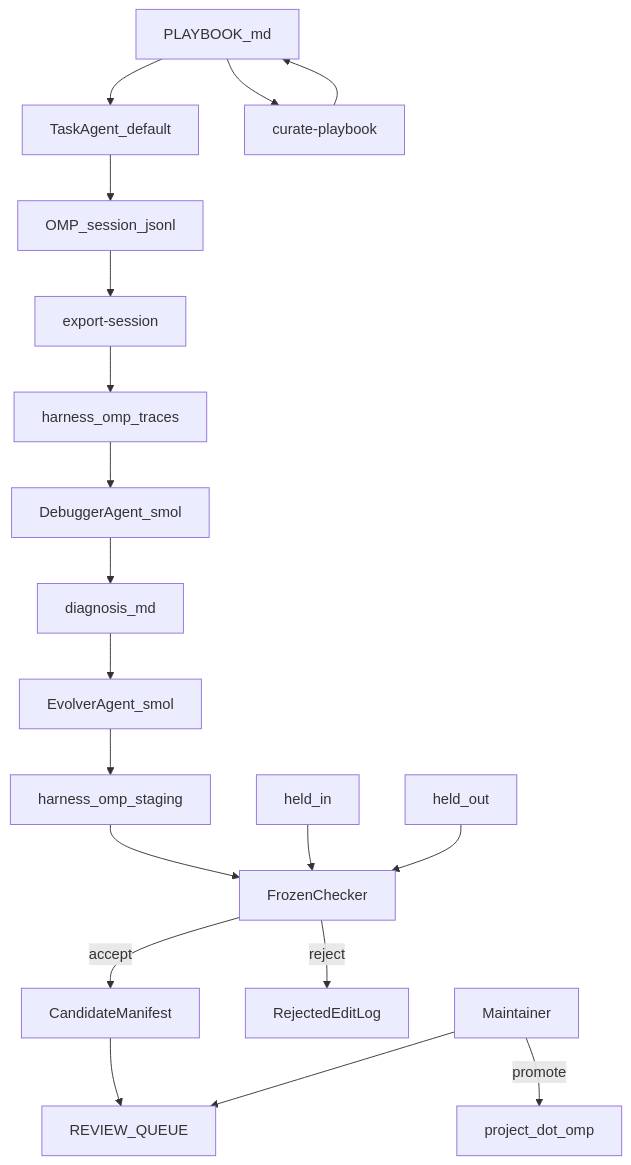
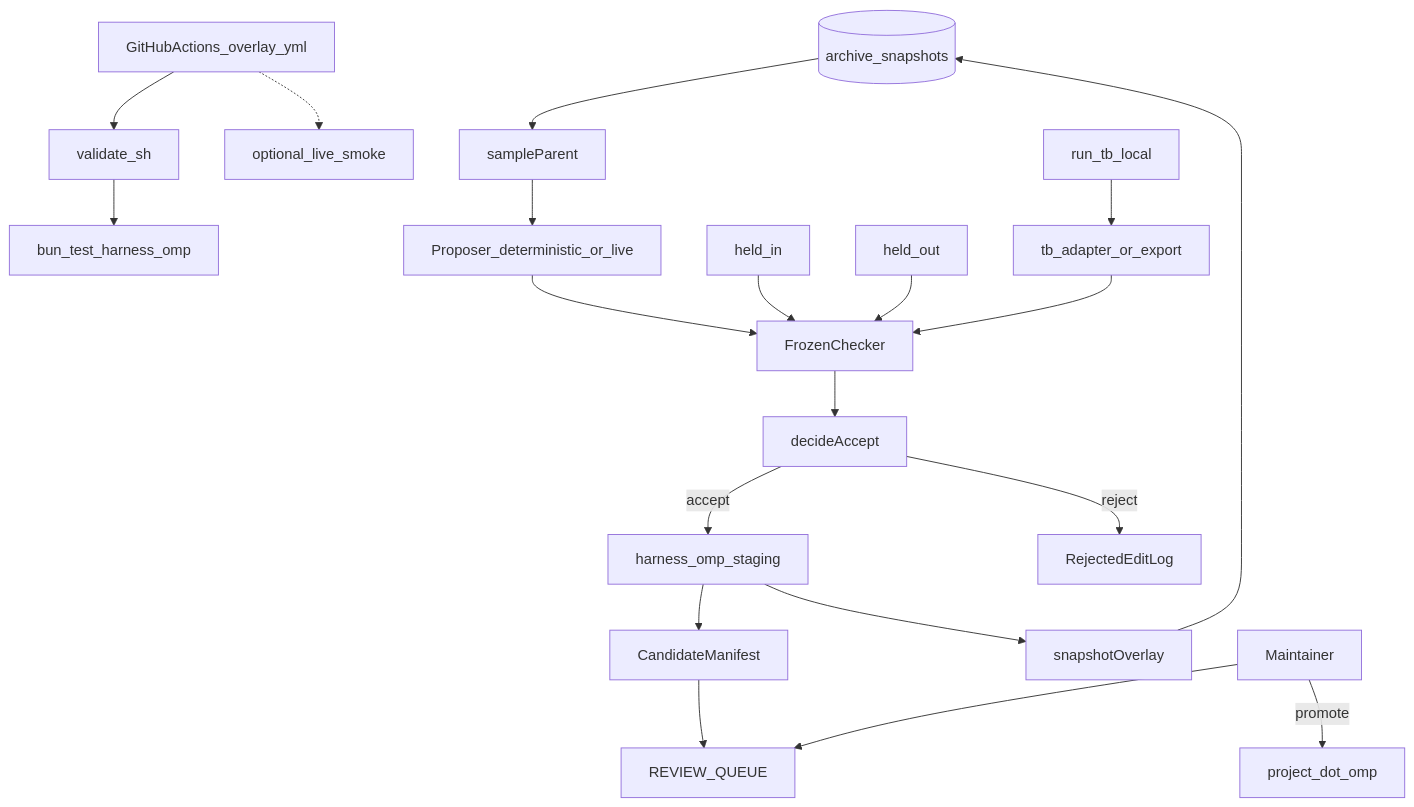
Before and after one commit to Vinayak-RZ/Improveness: the first of 2 diagrams in IMPLEMENTATION_PLAN.md, drawn with Mermaid. The commit also changed other lines of this file and 7 other files, not shown here.

````diff
--- a/IMPLEMENTATION_PLAN.md
+++ b/IMPLEMENTATION_PLAN.md
@@ -100,21 +109,22 @@
 ```mermaid
 flowchart TD
-  task[TaskAgent_default] --> sessionJsonl[OMP_session_jsonl]
-  sessionJsonl --> exporter[export-session]
-  exporter --> traces[harness_omp_traces]
-  traces --> debugger[DebuggerAgent_smol]
-  debugger --> diagnosis[diagnosis_md]
-  diagnosis --> evolver[EvolverAgent_smol]
-  playbook[PLAYBOOK_md] --> curator[curate-playbook]
-  curator --> playbook
-  playbook --> task
-  evolver --> staging[harness_omp_staging]
-  staging --> checker[FrozenChecker]
+  ci[GitHubActions_overlay_yml] --> validate[validate_sh]
+  validate --> unit[bun_test_harness_omp]
+  ci -.-> smoke[optional_live_smoke]
+  archive[(archive_snapshots)] --> sample[sampleParent]
+  sample --> propose[Proposer_deterministic_or_live]
+  propose --> checker[FrozenChecker]
   heldIn[held_in] --> checker
   heldOut[held_out] --> checker
-  checker -->|accept| manifest[CandidateManifest]
-  checker -->|reject| rejectLog[RejectedEditLog]
+  checker --> decide[decideAccept]
+  decide -->|accept| staging[harness_omp_staging]
+  staging --> manifest[CandidateManifest]
   manifest --> queue[REVIEW_QUEUE]
+  staging --> snap[snapshotOverlay]
+  snap --> archive
+  decide -->|reject| rejectLog[RejectedEditLog]
   human[Maintainer] --> queue
   human -->|promote| overlay[project_dot_omp]
+  tbLocal[run_tb_local] --> adapter[tb_adapter_or_export]
+  adapter --> checker
 ```
````
